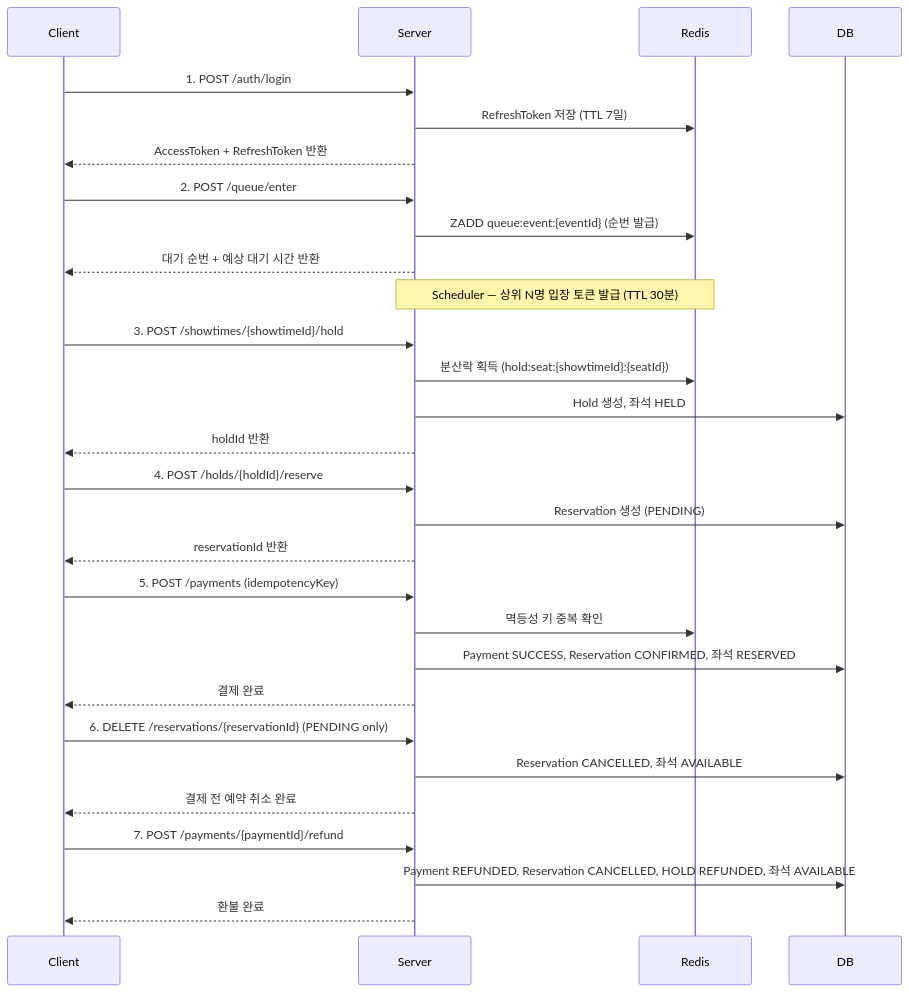
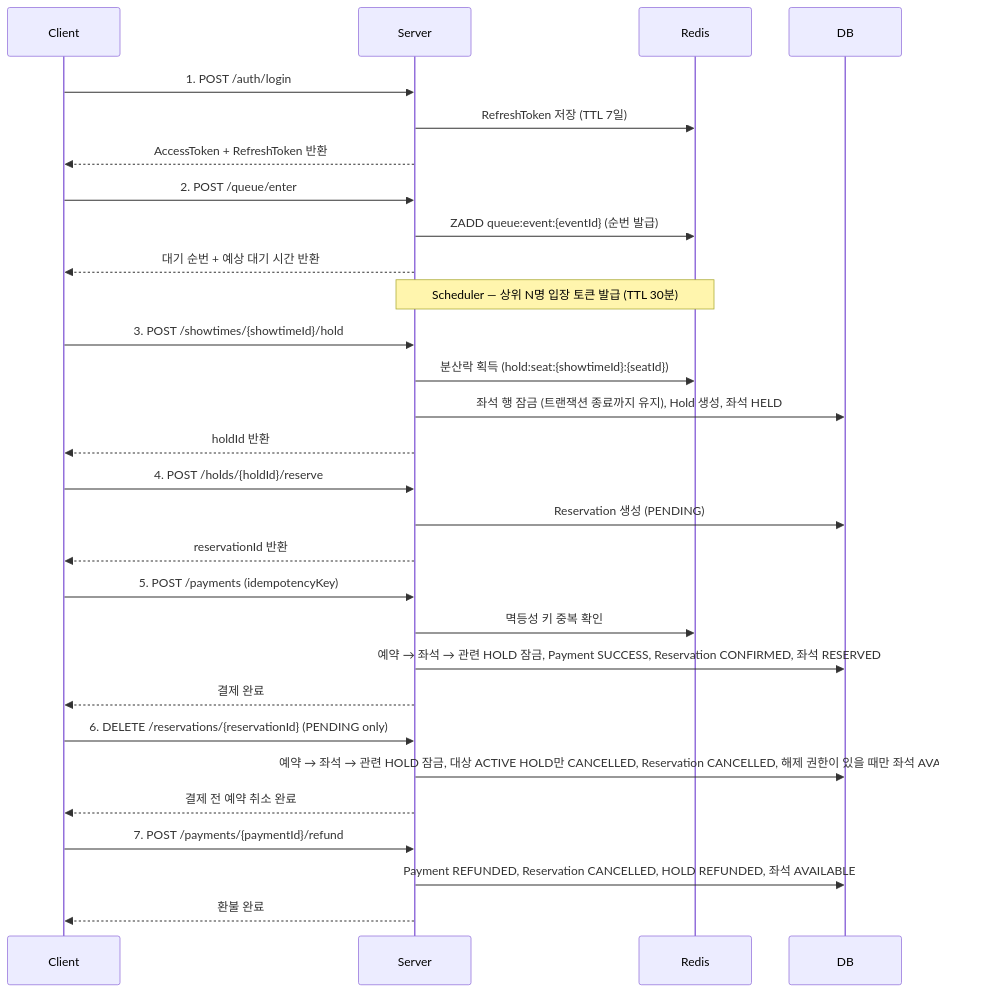
Before and after one commit to seungpil97/ticketing-reservation-service: the diagram in README.md, drawn with Mermaid. The commit also changed other lines of this file and 38 other files, not shown here.

````diff
--- a/README.md
+++ b/README.md
@@ -23,39 +23,39 @@
 ```mermaid
 sequenceDiagram
     participant Client
     participant Server
     participant Redis
     participant DB
 
     Client->>Server: 1. POST /auth/login
     Server->>Redis: RefreshToken 저장 (TTL 7일)
     Server-->>Client: AccessToken + RefreshToken 반환
 
     Client->>Server: 2. POST /queue/enter
     Server->>Redis: ZADD queue:event:{eventId} (순번 발급)
     Server-->>Client: 대기 순번 + 예상 대기 시간 반환
 
     Note over Server,Redis: Scheduler — 상위 N명 입장 토큰 발급 (TTL 30분)
 
     Client->>Server: 3. POST /showtimes/{showtimeId}/hold
     Server->>Redis: 분산락 획득 (hold:seat:{showtimeId}:{seatId})
-    Server->>DB: Hold 생성, 좌석 HELD
+    Server->>DB: 좌석 행 잠금 (트랜잭션 종료까지 유지), Hold 생성, 좌석 HELD
     Server-->>Client: holdId 반환
 
     Client->>Server: 4. POST /holds/{holdId}/reserve
     Server->>DB: Reservation 생성 (PENDING)
     Server-->>Client: reservationId 반환
 
     Client->>Server: 5. POST /payments (idempotencyKey)
     Server->>Redis: 멱등성 키 중복 확인
-    Server->>DB: Payment SUCCESS, Reservation CONFIRMED, 좌석 RESERVED
+    Server->>DB: 예약 → 좌석 → 관련 HOLD 잠금, Payment SUCCESS, Reservation CONFIRMED, 좌석 RESERVED
     Server-->>Client: 결제 완료
 
     Client->>Server: 6. DELETE /reservations/{reservationId} (PENDING only)
-    Server->>DB: Reservation CANCELLED, 좌석 AVAILABLE
+    Server->>DB: 예약 → 좌석 → 관련 HOLD 잠금, 대상 ACTIVE HOLD만 CANCELLED, Reservation CANCELLED, 해제 권한이 있을 때만 좌석 AVAILABLE
     Server-->>Client: 결제 전 예약 취소 완료
 
     Client->>Server: 7. POST /payments/{paymentId}/refund
     Server->>DB: Payment REFUNDED, Reservation CANCELLED, HOLD REFUNDED, 좌석 AVAILABLE
     Server-->>Client: 환불 완료
 ```
````
